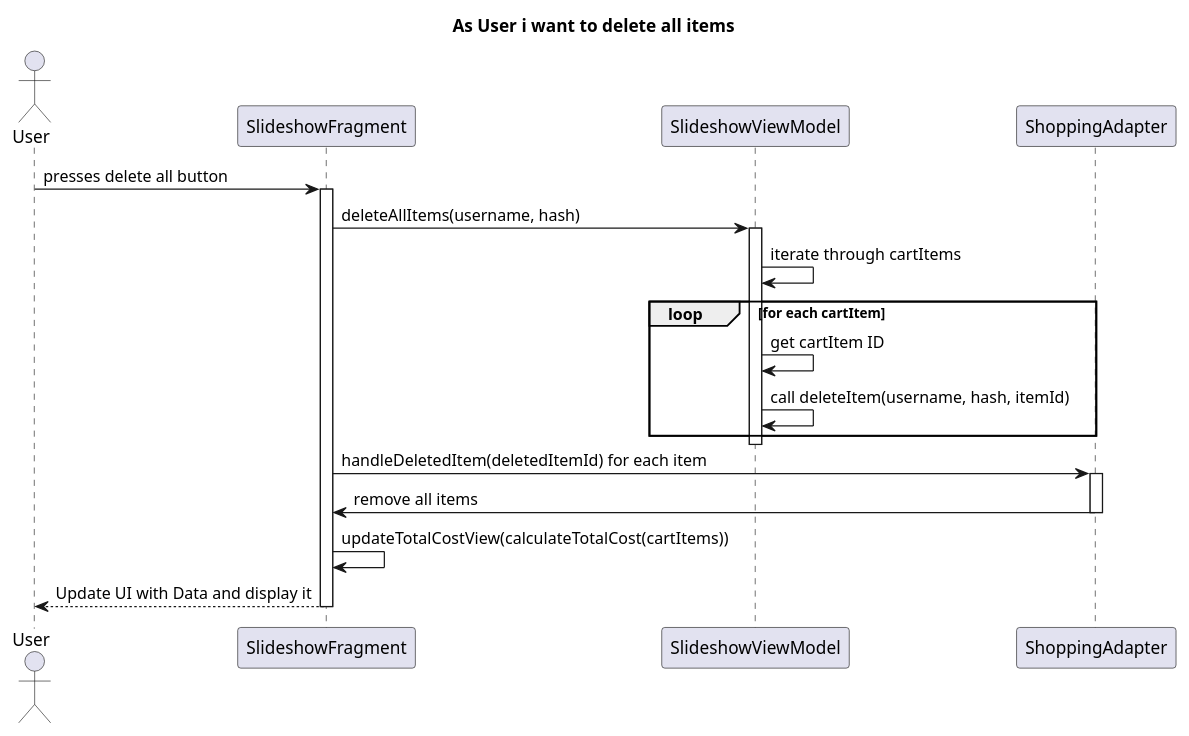
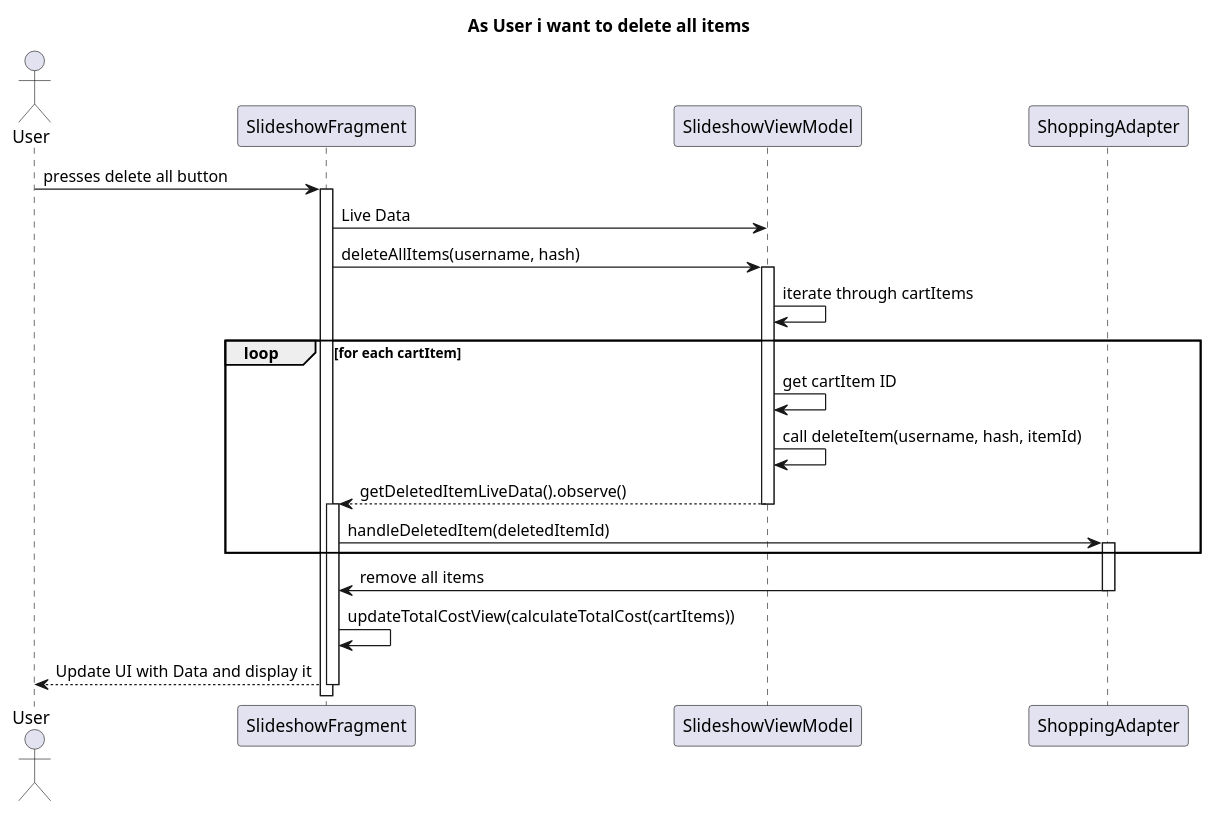
Before and after one commit to IsepMartimOliveira/DSSMV_ProjectDroid_1181754: the diagram in Documents/US/US08/SD.puml, drawn with PlantUML. The commit also changed 3 other files, not shown here.

```diff
--- a/Documents/US/US08/SD.puml
+++ b/Documents/US/US08/SD.puml
@@ -1,35 +1,35 @@
 @startuml
 title As User i want to delete all items
 actor User as User
 participant "SlideshowFragment" as SlideshowFragment
 participant "SlideshowViewModel" as SlideshowViewModel
 participant "ShoppingAdapter" as ShoppingAdapter
 
 
 
 User -> SlideshowFragment: presses delete all button
 activate SlideshowFragment
+SlideshowFragment -> SlideshowViewModel: Live Data
 
 SlideshowFragment -> SlideshowViewModel: deleteAllItems(username, hash)
 activate SlideshowViewModel
 
 SlideshowViewModel -> SlideshowViewModel: iterate through cartItems
 loop for each cartItem
     SlideshowViewModel -> SlideshowViewModel: get cartItem ID
     SlideshowViewModel -> SlideshowViewModel: call deleteItem(username, hash, itemId)
-end loop
-
+SlideshowViewModel-->SlideshowFragment: getDeletedItemLiveData().observe()
 deactivate SlideshowViewModel
 
 activate SlideshowFragment
-SlideshowFragment -> ShoppingAdapter: handleDeletedItem(deletedItemId) for each item
+SlideshowFragment -> ShoppingAdapter: handleDeletedItem(deletedItemId)
 activate ShoppingAdapter
+end loop
 ShoppingAdapter -> SlideshowFragment: remove all items
 deactivate ShoppingAdapter
-
 SlideshowFragment -> SlideshowFragment: updateTotalCostView(calculateTotalCost(cartItems))
 SlideshowFragment --> User: Update UI with Data and display it
 
 deactivate SlideshowFragment
 
 @enduml
```
